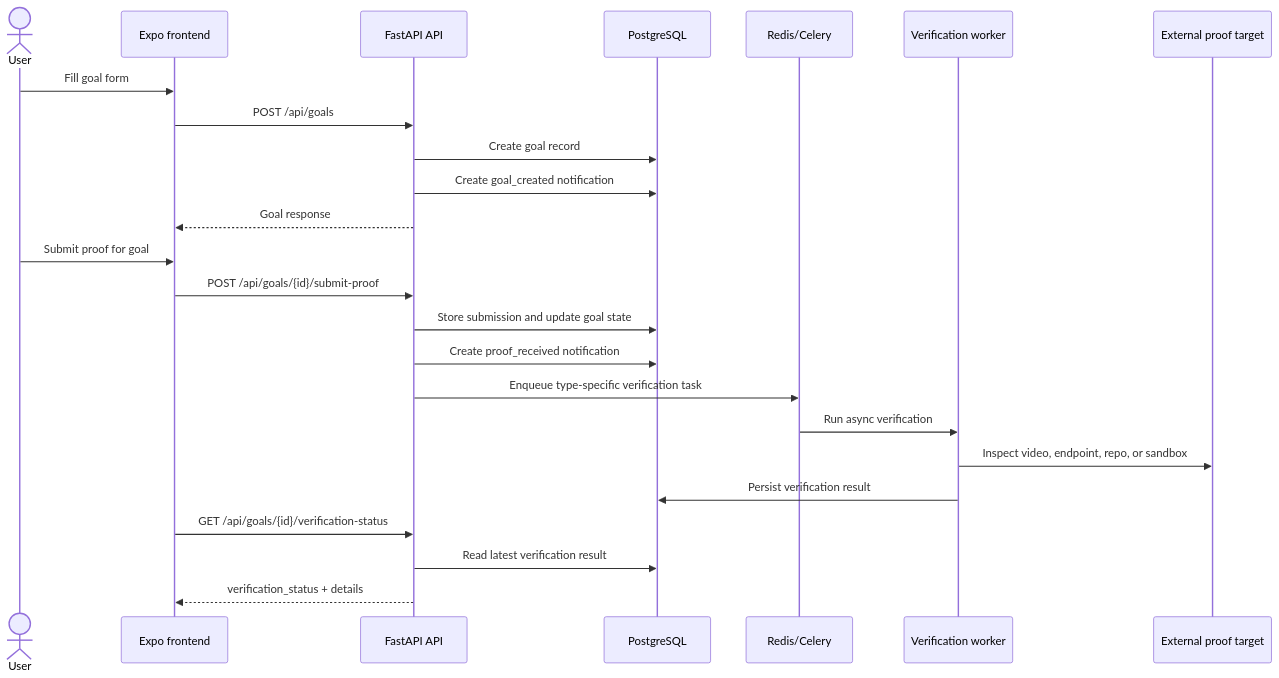
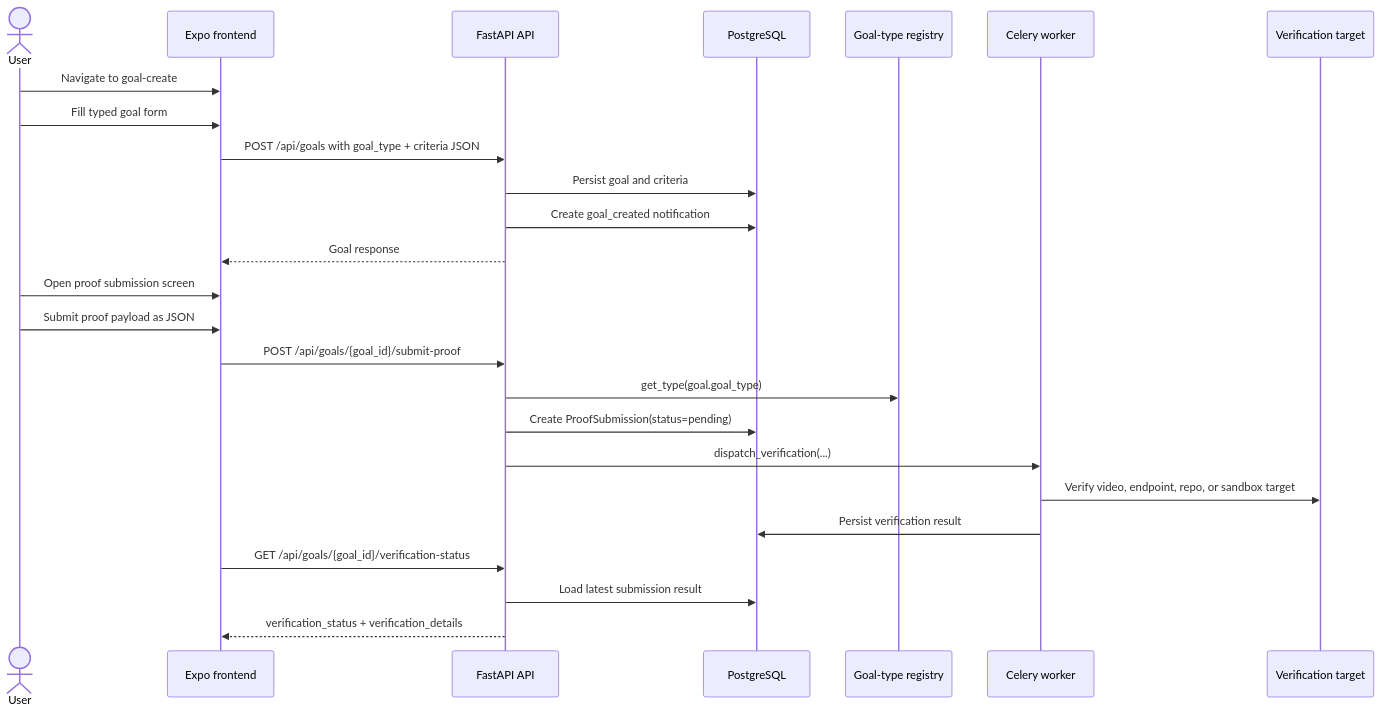
Before and after one commit to xvanov/sacrifice: the third of 3 diagrams in context/architecture-diagrams.md, drawn with Mermaid. The commit also changed other lines of this file and 8 other files, not shown here.

````diff
--- a/context/architecture-diagrams.md
+++ b/context/architecture-diagrams.md
@@ -33,29 +73,30 @@
 ```mermaid
 sequenceDiagram
     actor User
     participant Frontend as Expo frontend
     participant API as FastAPI API
     participant DB as PostgreSQL
-    participant Queue as Redis/Celery
-    participant Worker as Verification worker
-    participant External as External proof target
+    participant Registry as Goal-type registry
+    participant Worker as Celery worker
+    participant External as Verification target
 
-    User->>Frontend: Fill goal form
-    Frontend->>API: POST /api/goals
-    API->>DB: Create goal record
+    User->>Frontend: Navigate to goal-create
+    User->>Frontend: Fill typed goal form
+    Frontend->>API: POST /api/goals with goal_type + criteria JSON
+    API->>DB: Persist goal and criteria
     API->>DB: Create goal_created notification
     API-->>Frontend: Goal response
 
-    User->>Frontend: Submit proof for goal
-    Frontend->>API: POST /api/goals/{id}/submit-proof
-    API->>DB: Store submission and update goal state
-    API->>DB: Create proof_received notification
-    API->>Queue: Enqueue type-specific verification task
-    Queue->>Worker: Run async verification
-    Worker->>External: Inspect video, endpoint, repo, or sandbox
+    User->>Frontend: Open proof submission screen
+    User->>Frontend: Submit proof payload as JSON
+    Frontend->>API: POST /api/goals/{goal_id}/submit-proof
+    API->>Registry: get_type(goal.goal_type)
+    API->>DB: Create ProofSubmission(status=pending)
+    API->>Worker: dispatch_verification(...)
+    Worker->>External: Verify video, endpoint, repo, or sandbox target
     Worker->>DB: Persist verification result
 
-    Frontend->>API: GET /api/goals/{id}/verification-status
-    API->>DB: Read latest verification result
-    API-->>Frontend: verification_status + details
+    Frontend->>API: GET /api/goals/{goal_id}/verification-status
+    API->>DB: Load latest submission result
+    API-->>Frontend: verification_status + verification_details
 ```
````
